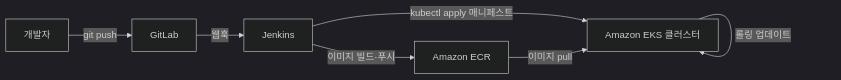
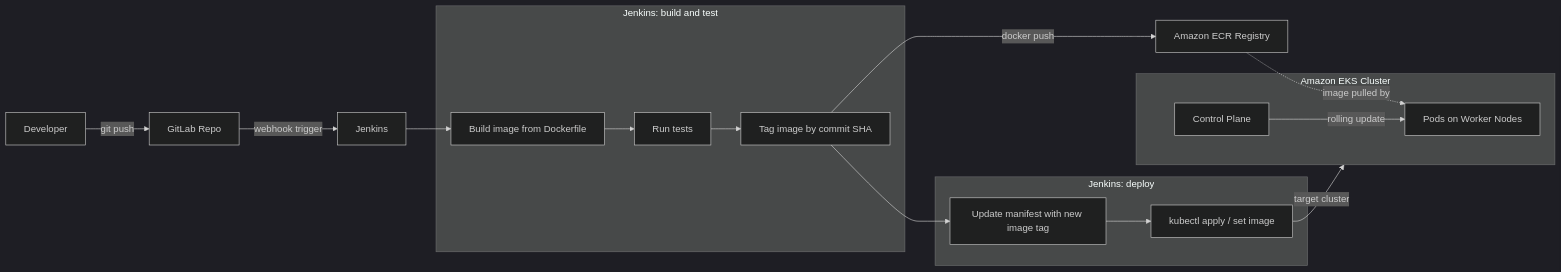
Before and after one commit to maroowe-wan/maroowe-wan.github.io: the diagram in courses/devops-pipeline-eks/lectures/01_eks-pipeline-overview/content.md, drawn with Mermaid (dark theme). The commit also changed other lines of this file and 202 other files, not shown here.

````diff
--- a/courses/devops-pipeline-eks/lectures/01_eks-pipeline-overview/content.md
+++ b/courses/devops-pipeline-eks/lectures/01_eks-pipeline-overview/content.md
@@ -65,15 +59,25 @@
-```mermaid EKS 엔드-투-엔드 배포 파이프라인
+```mermaid git push부터 Pod 실행까지 EKS 엔드-투-엔드 배포 파이프라인
 flowchart LR
-    Dev[개발자]
-    GL[GitLab]
-    JK[Jenkins]
-    ECR[Amazon ECR]
-    EKS[Amazon EKS 클러스터]
+    Dev[Developer] -->|git push| GitLab[GitLab Repo]
+    GitLab -->|webhook trigger| Jenkins[Jenkins]
 
-    Dev -->|git push| GL
-    GL -->|웹훅| JK
-    JK -->|이미지 빌드·푸시| ECR
-    JK -->|kubectl apply 매니페스트| EKS
-    ECR -->|이미지 pull| EKS
-    EKS -->|롤링 업데이트| EKS
+    subgraph CI["Jenkins: build and test"]
+        Build[Build image from Dockerfile] --> Test[Run tests]
+        Test --> Tag[Tag image by commit SHA]
+    end
+
+    Jenkins --> Build
+    Tag -->|docker push| ECR[Amazon ECR Registry]
+
+    subgraph CD["Jenkins: deploy"]
+        Manifest[Update manifest with new image tag] --> Apply[kubectl apply / set image]
+    end
+
+    Tag --> Manifest
+    ECR -.image pulled by.-> Pods
+    Apply -->|target cluster| EKS
+
+    subgraph EKS["Amazon EKS Cluster"]
+        ControlPlane[Control Plane] -->|rolling update| Pods[Pods on Worker Nodes]
+    end
 ```
````
